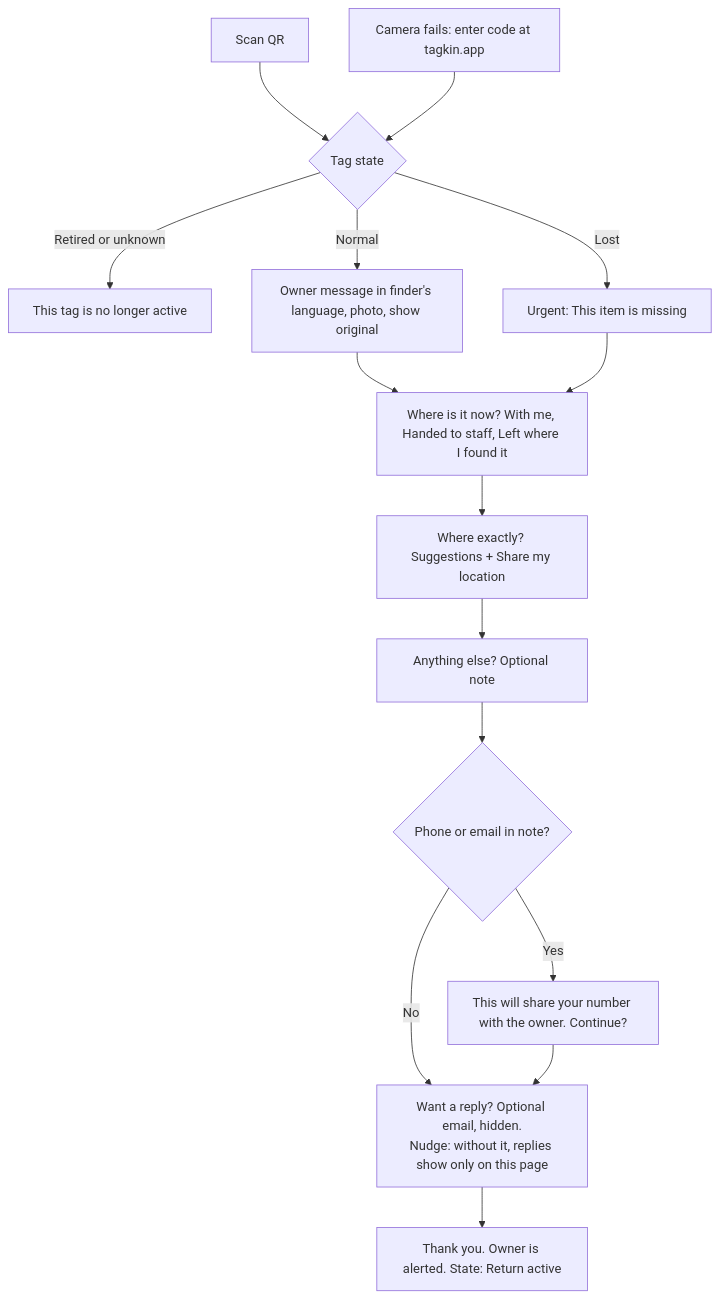
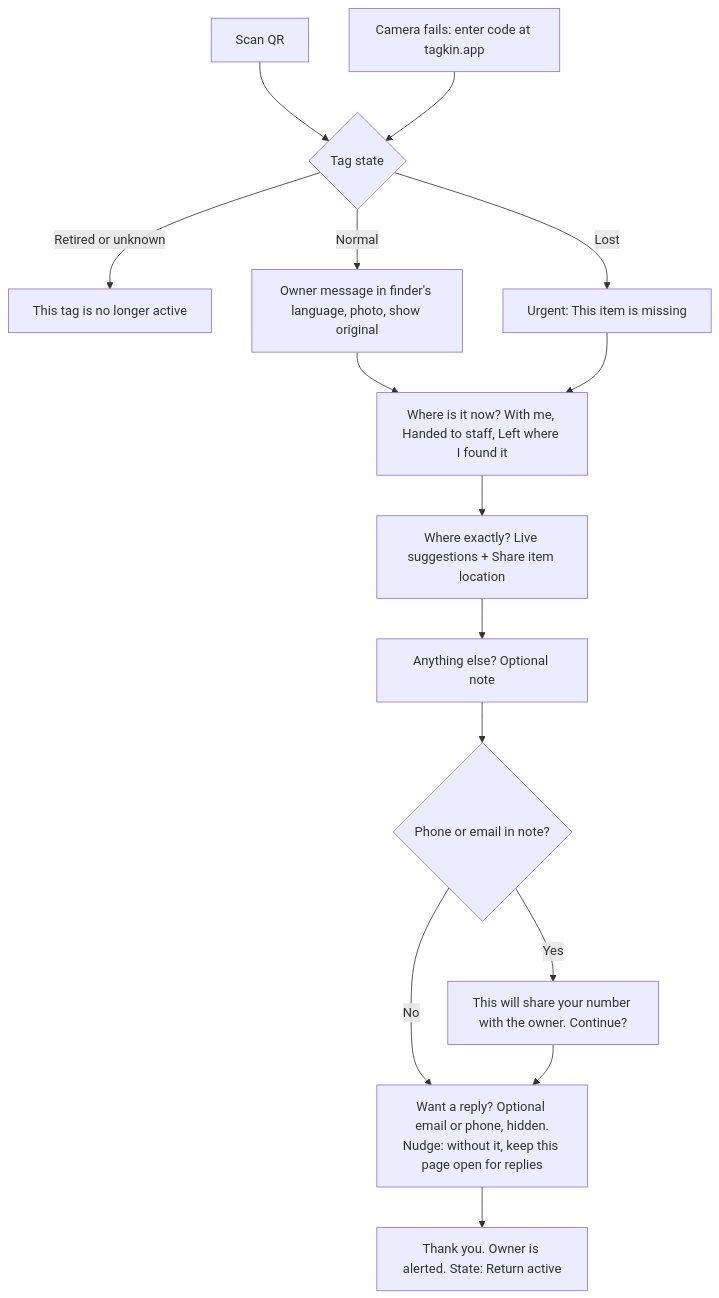
One commit to Selaseyjr/tagkin changed the second of 4 diagrams in docs/USER-FLOWS.md. Above: the diagram before and after it, drawn with Mermaid. The commit also changed 2 other files, not shown here.

Commit message:
Finder prototype: suggestions, item location, phone replies

````diff
--- a/docs/USER-FLOWS.md
+++ b/docs/USER-FLOWS.md
@@ -47,18 +47,18 @@
 ```mermaid
 flowchart TD
   A[Scan QR] --> C
   B[Camera fails: enter code at tagkin.app] --> C
   C{Tag state}
   C -- Retired or unknown --> X[This tag is no longer active]
   C -- Normal --> D[Owner message in finder's language, photo, show original]
   C -- Lost --> E[Urgent: This item is missing]
   D --> F[Where is it now? With me, Handed to staff, Left where I found it]
   E --> F
-  F --> G[Where exactly? Suggestions + Share my location]
+  F --> G[Where exactly? Live suggestions + Share item location]
   G --> H[Anything else? Optional note]
   H --> I{Phone or email in note?}
   I -- Yes --> J[This will share your number with the owner. Continue?]
   I -- No --> K
-  J --> K[Want a reply? Optional email, hidden.<br/>Nudge: without it, replies show only on this page]
+  J --> K[Want a reply? Optional email or phone, hidden.<br/>Nudge: without it, keep this page open for replies]
   K --> L[Thank you. Owner is alerted. State: Return active]
 ```
````
